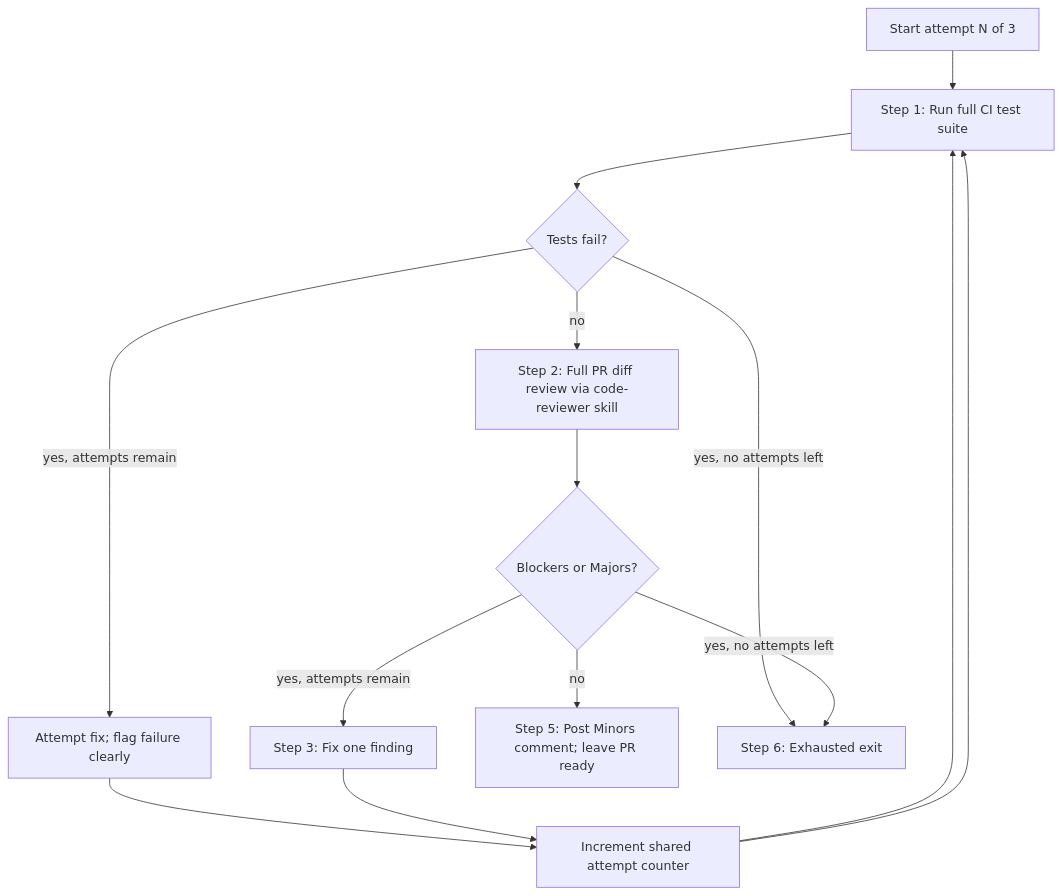
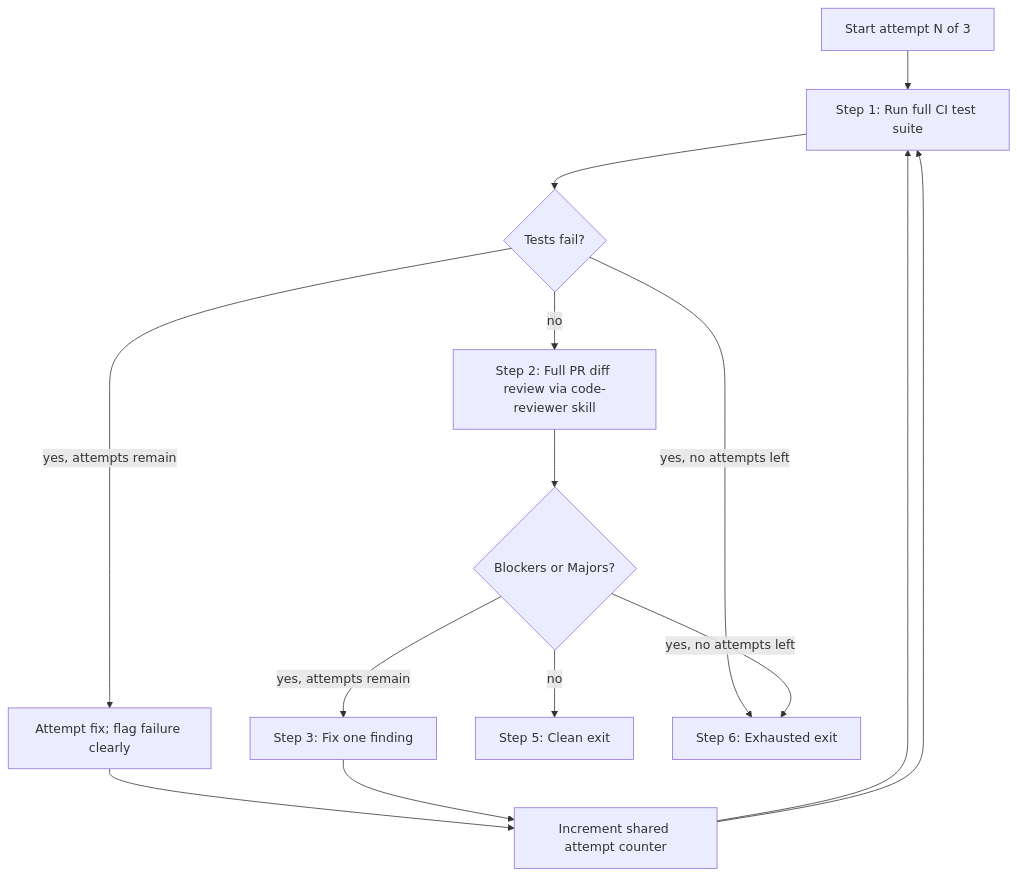
Before and after one commit to Collins1892/radar-practice: the second of 2 diagrams in docs/loop-pattern.md, drawn with Mermaid.

Commit message:
fix: genericise Step 5 flowchart node to Clean exit for mode parity

````diff
--- a/docs/loop-pattern.md
+++ b/docs/loop-pattern.md
@@ -70,21 +70,21 @@
 ```mermaid
 flowchart TD
   start[Start attempt N of 3]
   runTests[Step 1: Run full CI test suite]
   testFail{Tests fail?}
   fixTest[Attempt fix; flag failure clearly]
   review[Step 2: Full PR diff review via code-reviewer skill]
   blockers{Blockers or Majors?}
   fixOne[Step 3: Fix one finding]
   incAttempt[Increment shared attempt counter]
-  postMinors[Step 5: Post Minors comment; leave PR ready]
+  postMinors[Step 5: Clean exit]
   draftPR[Step 6: Exhausted exit]
 
   start --> runTests --> testFail
   testFail -->|yes, attempts remain| fixTest --> incAttempt --> runTests
   testFail -->|yes, no attempts left| draftPR
   testFail -->|no| review --> blockers
   blockers -->|yes, attempts remain| fixOne --> incAttempt --> runTests
   blockers -->|no| postMinors
   blockers -->|yes, no attempts left| draftPR
 ```
````
